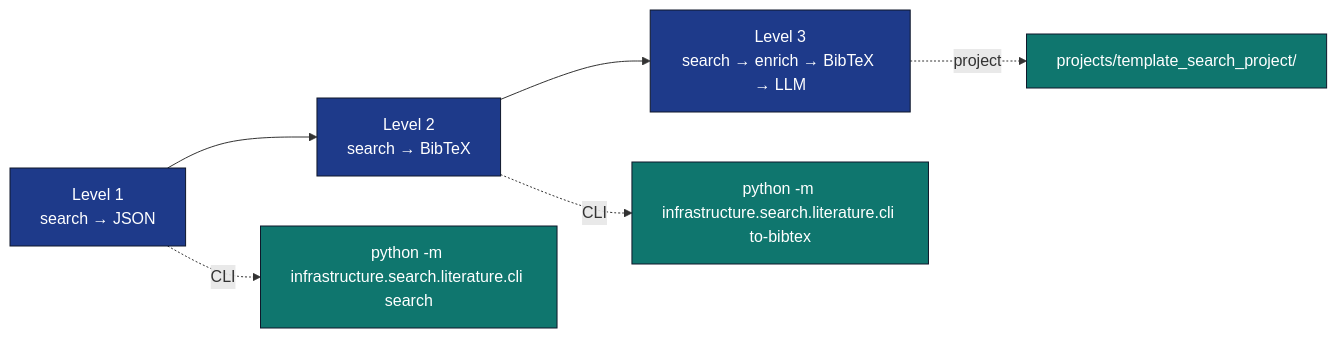
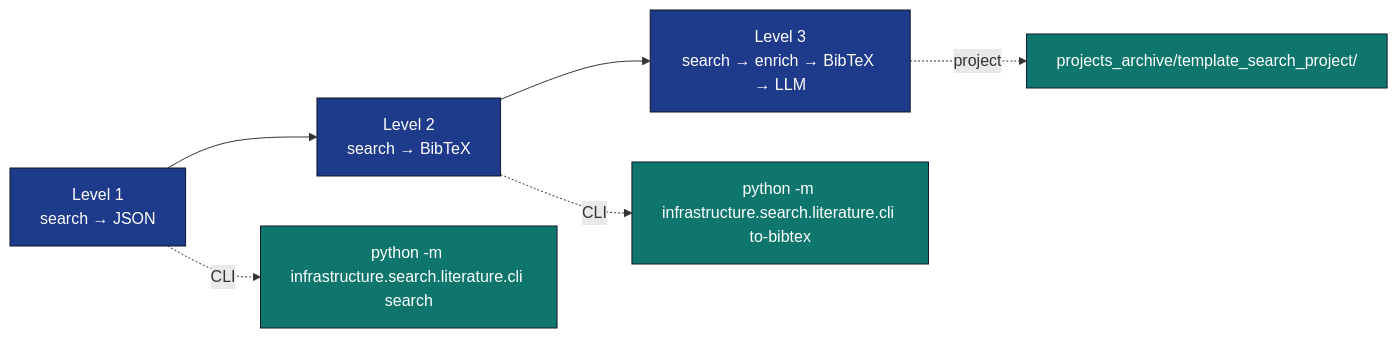
Before and after one commit to docxology/template: the diagram in docs/guides/literature-workflow-guide.md, drawn with Mermaid. The commit also changed other lines of this file and 952 other files, not shown here.

````diff
--- a/docs/guides/literature-workflow-guide.md
+++ b/docs/guides/literature-workflow-guide.md
@@ -8,13 +8,13 @@
 ```mermaid
 flowchart LR
     LV1[Level 1<br/>search → JSON] --> LV2[Level 2<br/>search → BibTeX]
     LV2 --> LV3[Level 3<br/>search → enrich → BibTeX → LLM]
     LV1 -. CLI .-> CLI1[python -m infrastructure.search.literature.cli search]
     LV2 -. CLI .-> CLI2[python -m infrastructure.search.literature.cli to-bibtex]
-    LV3 -. project .-> PROJ[projects/template_search_project/]
+    LV3 -. project .-> PROJ[projects_archive/template_search_project/]
 
     classDef level fill:#1e3a8a,stroke:#0f172a,color:#fff
     classDef tool fill:#0f766e,stroke:#0f172a,color:#fff
     class LV1,LV2,LV3 level
     class CLI1,CLI2,PROJ tool
 ```
````
